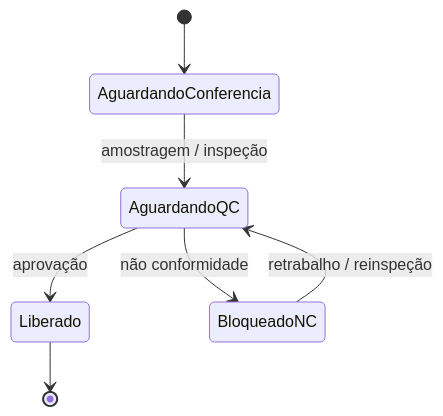
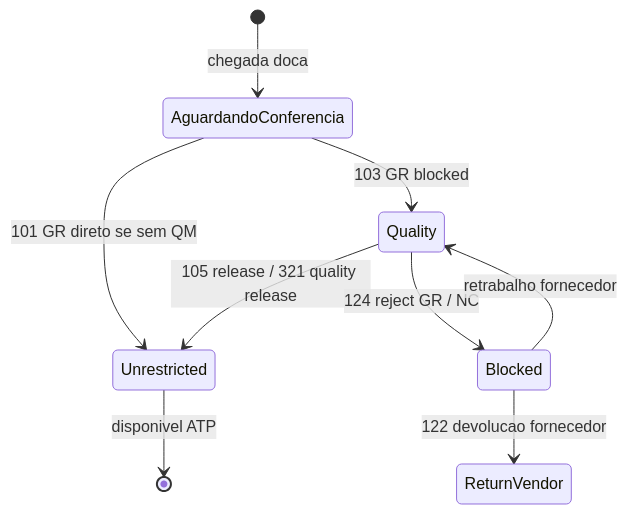
Before and after one commit to cleberhensel/logisticon-academy: the second of 4 diagrams in aulas/trilha-tecnologia-e-sistemas/modulo-03-wms/aula-02-recebimento-putaway.md, drawn with Mermaid. The commit also changed other lines of this file and 122 other files, not shown here.

````diff
--- a/aulas/trilha-tecnologia-e-sistemas/modulo-03-wms/aula-02-recebimento-putaway.md
+++ b/aulas/trilha-tecnologia-e-sistemas/modulo-03-wms/aula-02-recebimento-putaway.md
@@ -30,9 +81,11 @@
 ```mermaid
 stateDiagram-v2
-  [*] --> AguardandoConferencia
-  AguardandoConferencia --> AguardandoQC: amostragem / inspeção
-  AguardandoQC --> Liberado: aprovação
-  AguardandoQC --> BloqueadoNC: não conformidade
-  BloqueadoNC --> AguardandoQC: retrabalho / reinspeção
-  Liberado --> [*]
+  [*] --> AguardandoConferencia: chegada doca
+  AguardandoConferencia --> Quality: 103 GR blocked
+  AguardandoConferencia --> Unrestricted: 101 GR direto se sem QM
+  Quality --> Unrestricted: 105 release / 321 quality release
+  Quality --> Blocked: 124 reject GR / NC
+  Blocked --> ReturnVendor: 122 devolucao fornecedor
+  Blocked --> Quality: retrabalho fornecedor
+  Unrestricted --> [*]: disponivel ATP
 ```
````
